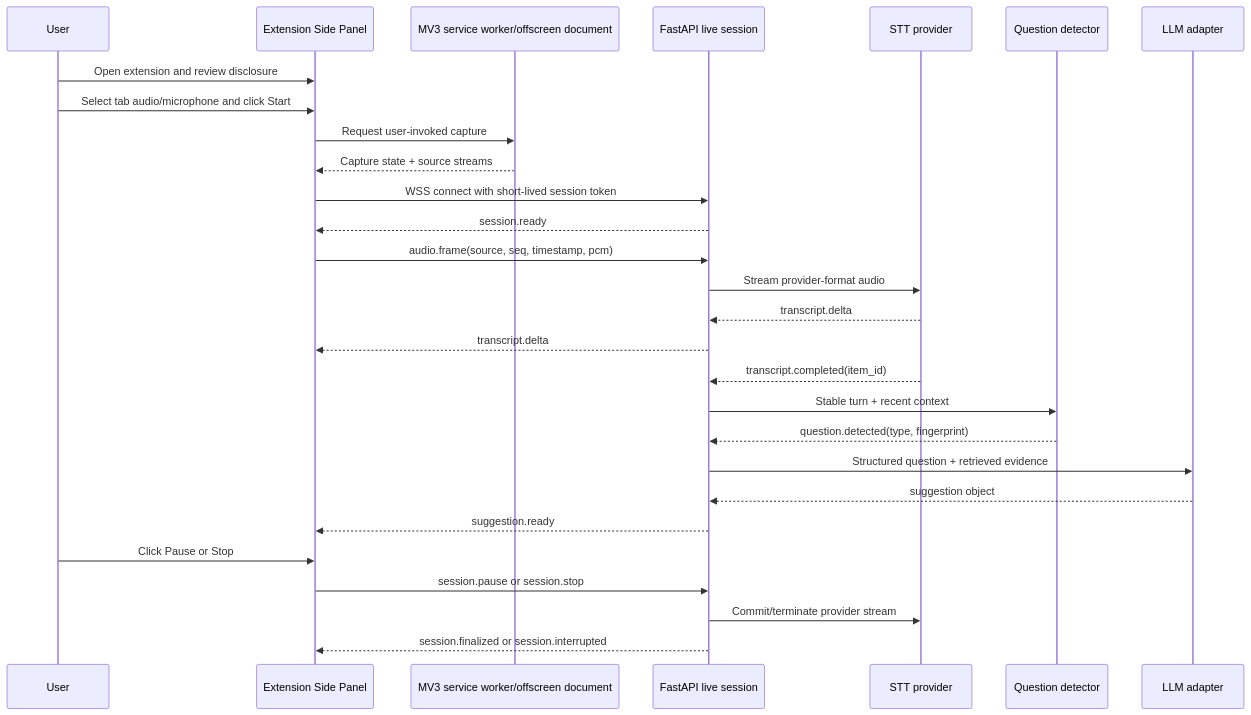
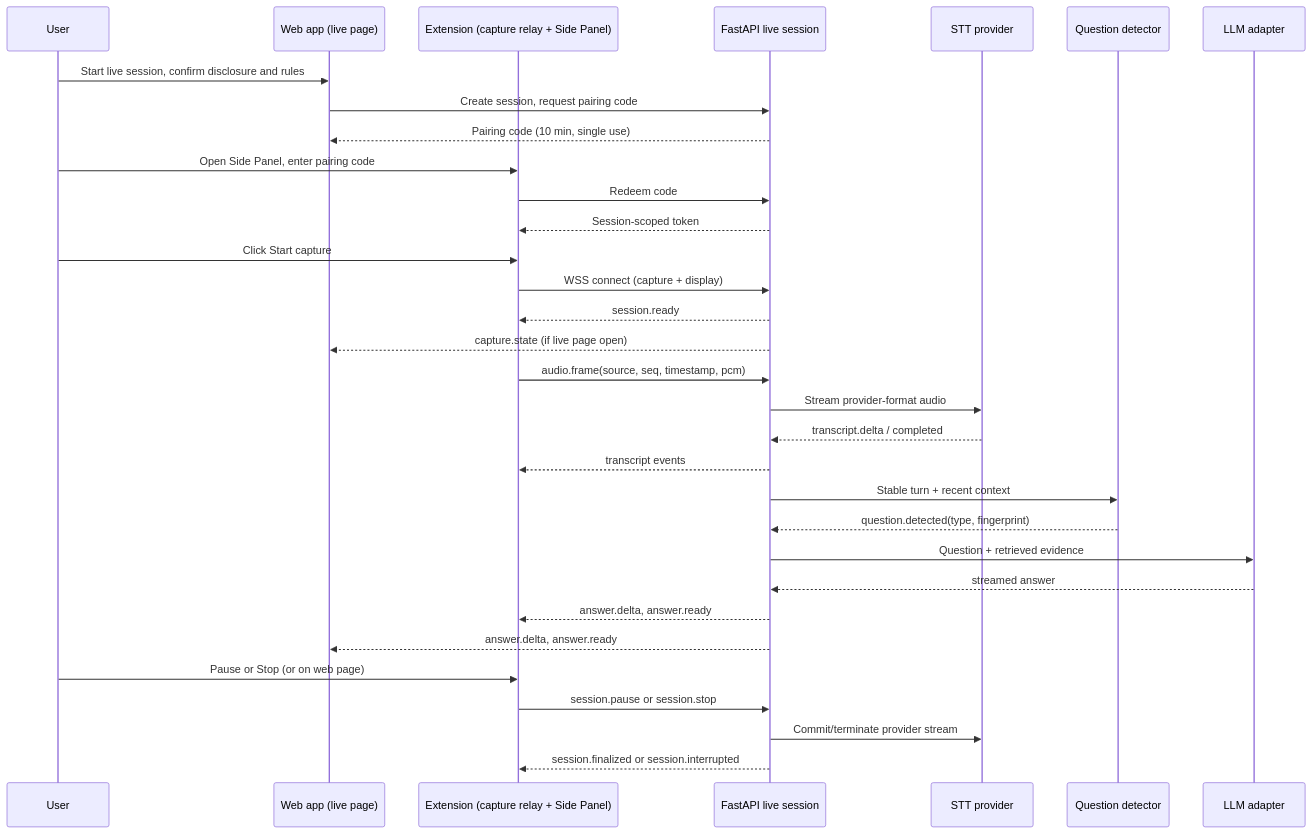
Before and after one commit to Legit-cloud/AI-Interviewer-for-candidates: the second of 3 diagrams in Vren AI — Product Requirements Document.md, drawn with Mermaid. The commit also changed other lines of this file, not shown here.

First line of the commit message:
Rewrite PRD to v1.1: ready-to-say answers, thin extension, pairing code, Private view

````diff
--- a/Vren AI — Product Requirements Document.md
+++ b/Vren AI — Product Requirements Document.md
@@ -605,31 +635,35 @@
 ```mermaid
 sequenceDiagram
   participant U as User
-  participant X as Extension Side Panel
-  participant SW as MV3 service worker/offscreen document
+  participant W as Web app (live page)
+  participant X as Extension (capture relay + Side Panel)
   participant B as FastAPI live session
   participant S as STT provider
   participant Q as Question detector
   participant L as LLM adapter
 
-  U->>X: Open extension and review disclosure
-  U->>X: Select tab audio/microphone and click Start
-  X->>SW: Request user-invoked capture
-  SW-->>X: Capture state + source streams
-  X->>B: WSS connect with short-lived session token
+  U->>W: Start live session, confirm disclosure and rules
+  W->>B: Create session, request pairing code
+  B-->>W: Pairing code (10 min, single use)
+  U->>X: Open Side Panel, enter pairing code
+  X->>B: Redeem code
+  B-->>X: Session-scoped token
+  U->>X: Click Start capture
+  X->>B: WSS connect (capture + display)
   B-->>X: session.ready
+  B-->>W: capture.state (if live page open)
   X->>B: audio.frame(source, seq, timestamp, pcm)
   B->>S: Stream provider-format audio
-  S-->>B: transcript.delta
-  B-->>X: transcript.delta
-  S-->>B: transcript.completed(item_id)
+  S-->>B: transcript.delta / completed
+  B-->>X: transcript events
   B->>Q: Stable turn + recent context
   Q-->>B: question.detected(type, fingerprint)
-  B->>L: Structured question + retrieved evidence
-  L-->>B: suggestion object
-  B-->>X: suggestion.ready
-  U->>X: Click Pause or Stop
+  B->>L: Question + retrieved evidence
+  L-->>B: streamed answer
+  B-->>X: answer.delta, answer.ready
+  B-->>W: answer.delta, answer.ready
+  U->>X: Pause or Stop (or on web page)
   X->>B: session.pause or session.stop
   B->>S: Commit/terminate provider stream
   B-->>X: session.finalized or session.interrupted
 ```
````
